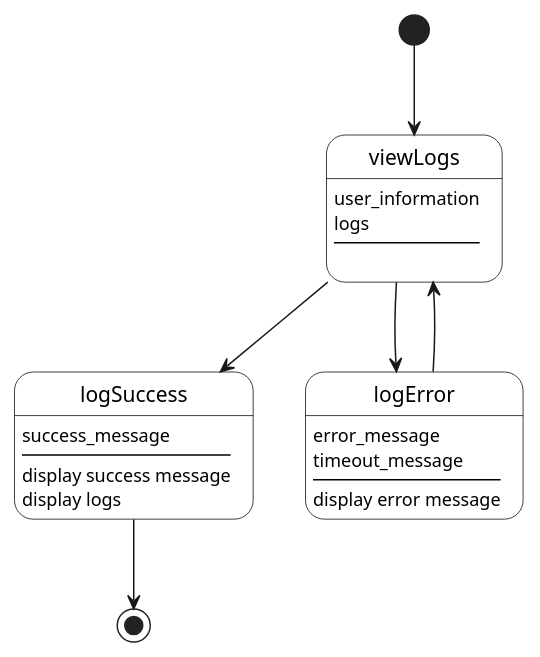
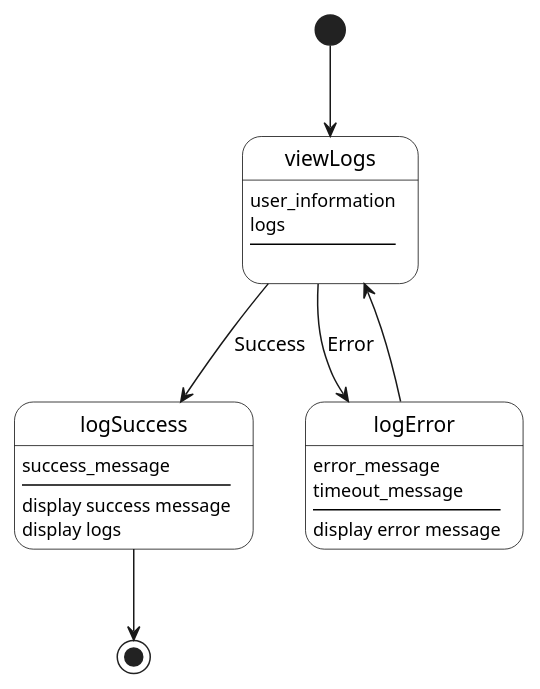
One commit to kailashsrirang/3a04-deliverable3 changed the diagram in state-diag/log.puml. Above: the diagram before and after it, drawn with PlantUML. The commit also changed 3 other files, not shown here.

```diff
--- a/state-diag/log.puml
+++ b/state-diag/log.puml
@@ -1,28 +1,27 @@
 @startuml
 
 skinparam State {
   BackgroundColor white
   BorderColor black
 }
 
 [*] --> viewLogs
 viewLogs : user_information
 viewLogs : logs
-viewLogs : ----
-viewLogs :
+viewLogs : ----\n
 
-viewLogs --> logSuccess
+viewLogs --> logSuccess : Success
 logSuccess : success_message
 logSuccess : ----
 logSuccess : display success message
 logSuccess : display logs
 logSuccess --> [*]
 
-viewLogs --> logError
+viewLogs --> logError : Error
 logError : error_message
 logError : timeout_message
 logError : ----
 logError : display error message
 logError --> viewLogs
 
 @enduml
```
